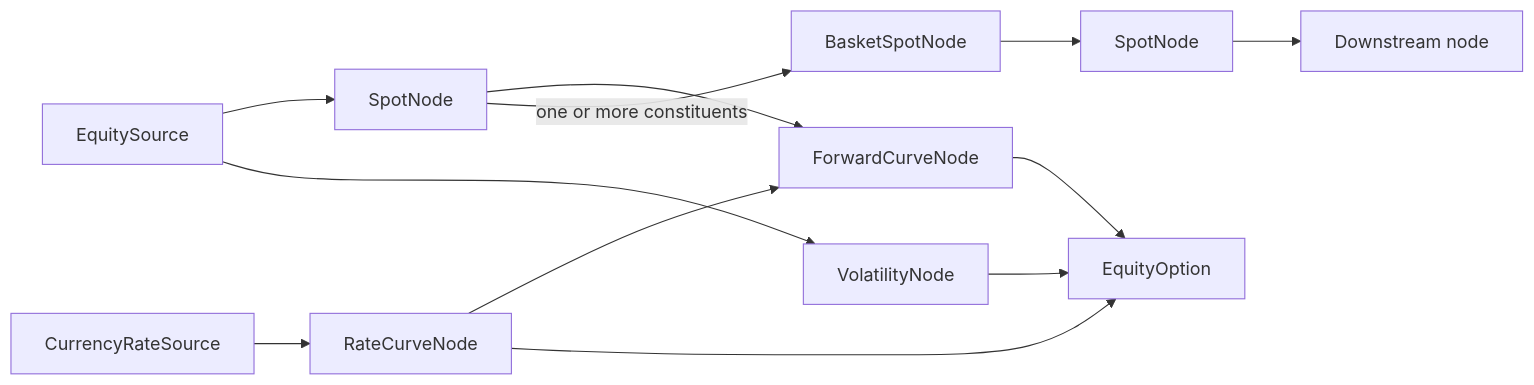
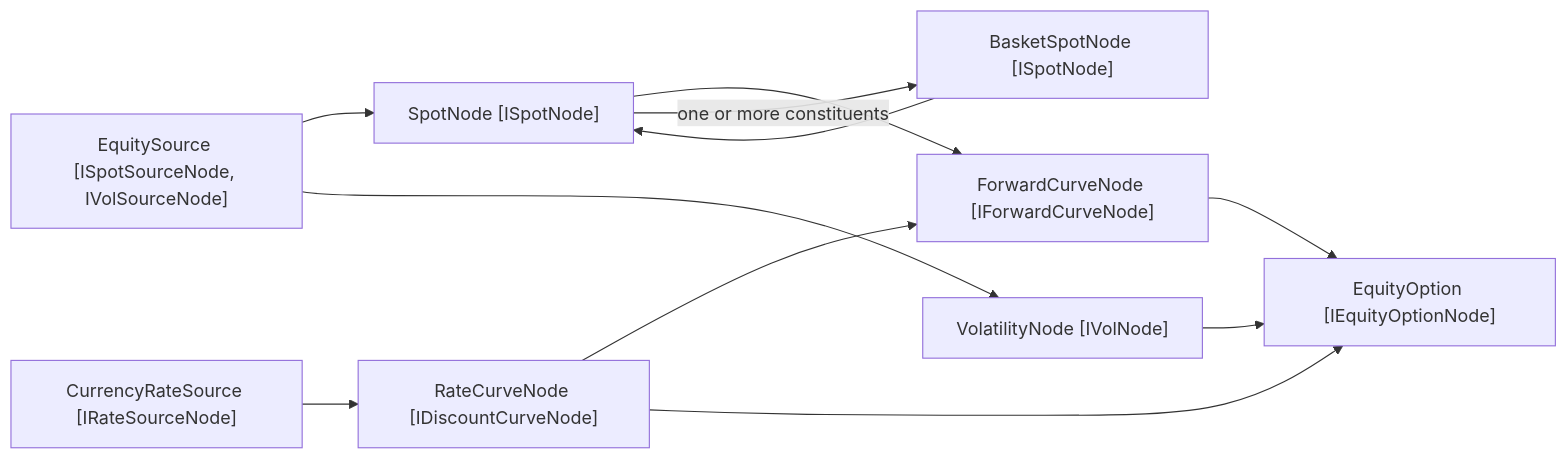
One commit to losterbr/EventGraph changed the diagram in README.md. Above: the diagram before and after it, drawn with Mermaid.

Commit message:
Clarify graph interface diagram

````diff
--- a/README.md
+++ b/README.md
@@ -15,19 +15,18 @@
 ```mermaid
 flowchart LR
-	equity[EquitySource]
-	rate[CurrencyRateSource]
+	equity["EquitySource [ISpotSourceNode, IVolSourceNode]"]
+	rate["CurrencyRateSource [IRateSourceNode]"]
 
-	equity --> spot[SpotNode]
-	equity --> volatility[VolatilityNode]
-	rate --> discount[RateCurveNode]
+	equity --> spot["SpotNode [ISpotNode]"]
+	equity --> volatility["VolatilityNode [IVolNode]"]
+	rate --> discount["RateCurveNode [IDiscountCurveNode]"]
 
-	spot --> forward[ForwardCurveNode]
+	spot --> forward["ForwardCurveNode [IForwardCurveNode]"]
 	discount --> forward
-	forward --> option[EquityOption]
+	forward --> option["EquityOption [IEquityOptionNode]"]
 	volatility --> option
 	discount --> option
 
-	spot -->|one or more constituents| basket[BasketSpotNode]
-	basket --> basketSpot[SpotNode]
-	basketSpot --> downstream[Downstream node]
+	spot -->|one or more constituents| basket["BasketSpotNode [ISpotNode]"]
+	basket --> spot
 ```
````
